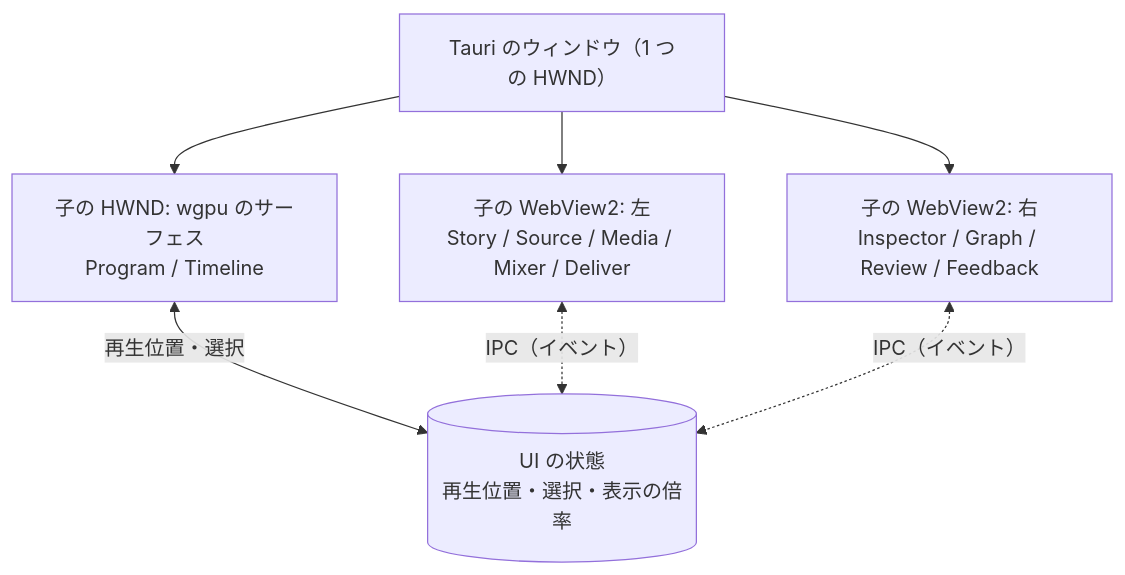
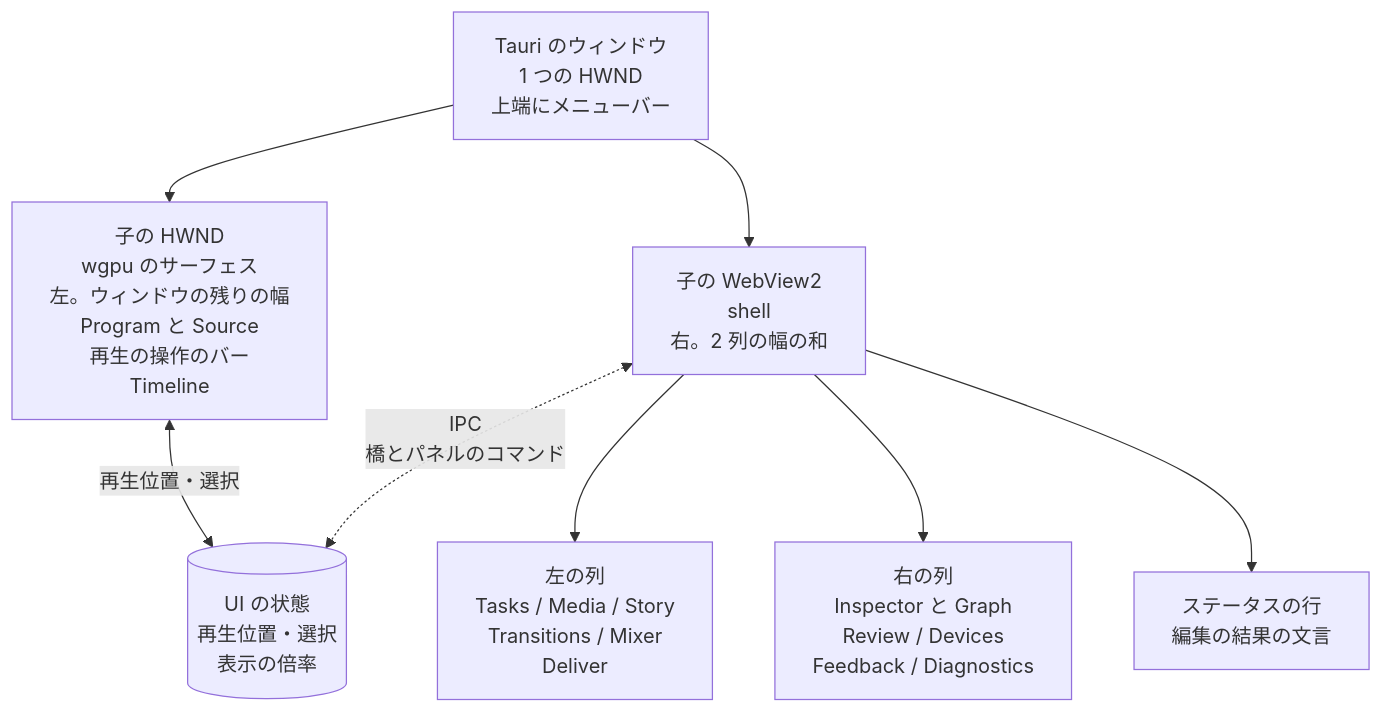
Before and after one commit to durun-lab/claude-marketplace: the diagram in movie-maker/docs/design/08-ui.md, drawn with Mermaid. The commit also changed other lines of this file and 28 other files, not shown here.

First line of the commit message:
fix(movie-maker): L2 のレビューの指摘を直す（使われない IPC、再生テストの表示の状態、View のパネル、編集の結果の文言）

````diff
--- a/movie-maker/docs/design/08-ui.md
+++ b/movie-maker/docs/design/08-ui.md
@@ -7,10 +7,11 @@
 ```mermaid
 flowchart TB
-  WIN[Tauri のウィンドウ（1 つの HWND）]
-  WIN --> SURF[子の HWND: wgpu のサーフェス<br>Program / Timeline]
-  WIN --> WV1[子の WebView2: 左<br>Story / Source / Media / Mixer / Deliver]
-  WIN --> WV2[子の WebView2: 右<br>Inspector / Graph / Review / Feedback]
-  SURF <-- 再生位置・選択 --> STATE[(UI の状態<br>再生位置・選択・表示の倍率)]
-  WV1 <-. IPC（イベント） .-> STATE
-  WV2 <-. IPC（イベント） .-> STATE
+  WIN[Tauri のウィンドウ<br>1 つの HWND<br>上端にメニューバー]
+  WIN --> SURF[子の HWND<br>wgpu のサーフェス<br>左。ウィンドウの残りの幅<br>Program と Source<br>再生の操作のバー<br>Timeline]
+  WIN --> WV[子の WebView2<br>shell<br>右。2 列の幅の和]
+  WV --> LEFT[左の列<br>Tasks / Media / Story<br>Transitions / Mixer<br>Deliver]
+  WV --> RIGHT[右の列<br>Inspector と Graph<br>Review / Devices<br>Feedback / Diagnostics]
+  WV --> STATUS[ステータスの行<br>編集の結果の文言]
+  SURF <-- 再生位置・選択 --> STATE[(UI の状態<br>再生位置・選択<br>表示の倍率)]
+  WV <-. IPC<br>橋とパネルのコマンド .-> STATE
 ```
````
